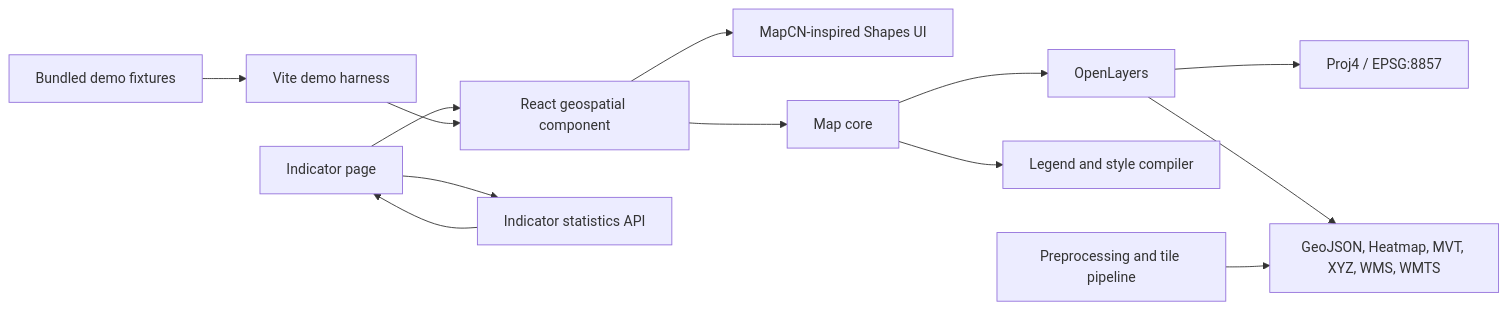
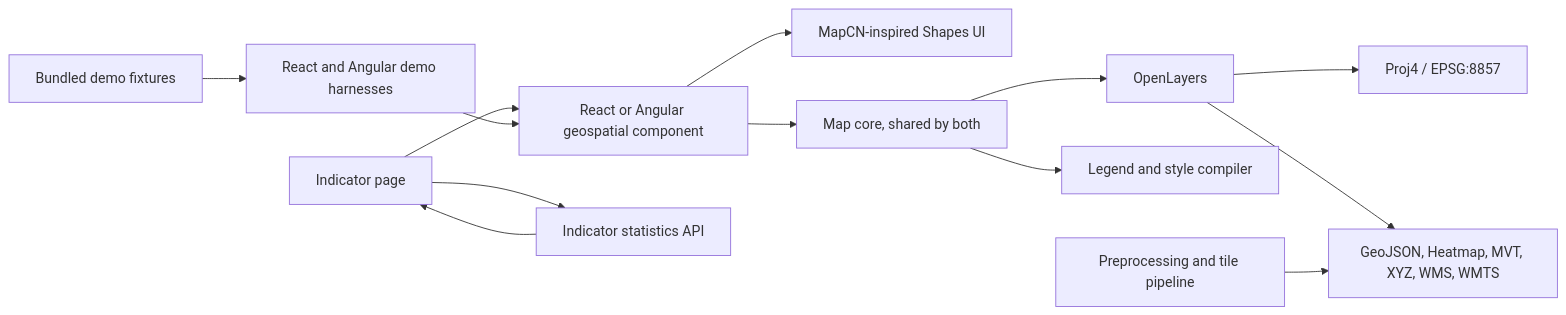
Before and after one commit to Lyxesxyz/react-map-component: the first of 2 diagrams in technical-architecture.md, drawn with Mermaid. The commit also changed other lines of this file and 65 other files, not shown here.

````diff
--- a/technical-architecture.md
+++ b/technical-architecture.md
@@ -41,15 +41,15 @@
 ```mermaid
 flowchart LR
-  Page[Indicator page] --> ReactMap[React geospatial component]
-  ReactMap --> UI[MapCN-inspired Shapes UI]
-  ReactMap --> Core[Map core]
+  Page[Indicator page] --> FrameworkMap[React or Angular geospatial component]
+  FrameworkMap --> UI[MapCN-inspired Shapes UI]
+  FrameworkMap --> Core[Map core, shared by both]
   Core --> OL[OpenLayers]
   Core --> Legend[Legend and style compiler]
   OL --> P4[Proj4 / EPSG:8857]
   OL --> Sources[GeoJSON, Heatmap, MVT, XYZ, WMS, WMTS]
   Page --> Stats[Indicator statistics API]
   Stats --> Page
   Pipeline[Preprocessing and tile pipeline] --> Sources
-  Demo[Vite demo harness] --> ReactMap
+  Demo[React and Angular demo harnesses] --> FrameworkMap
   Fixtures[Bundled demo fixtures] --> Demo
 ```
````
